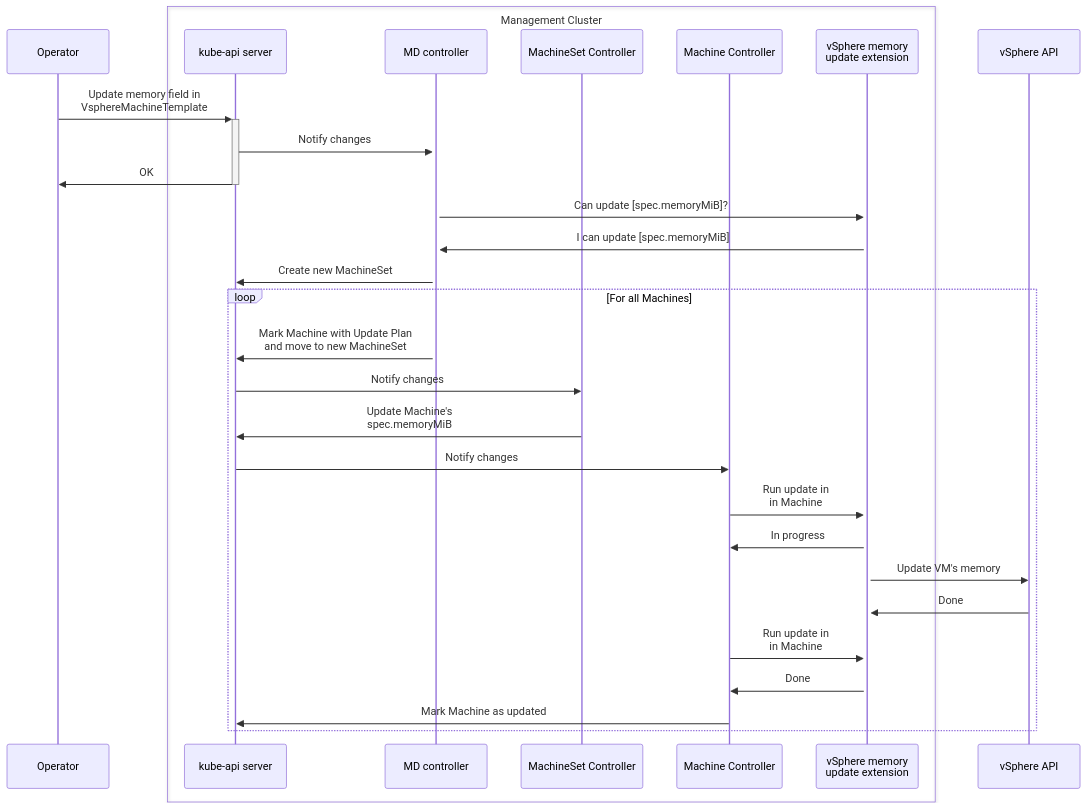
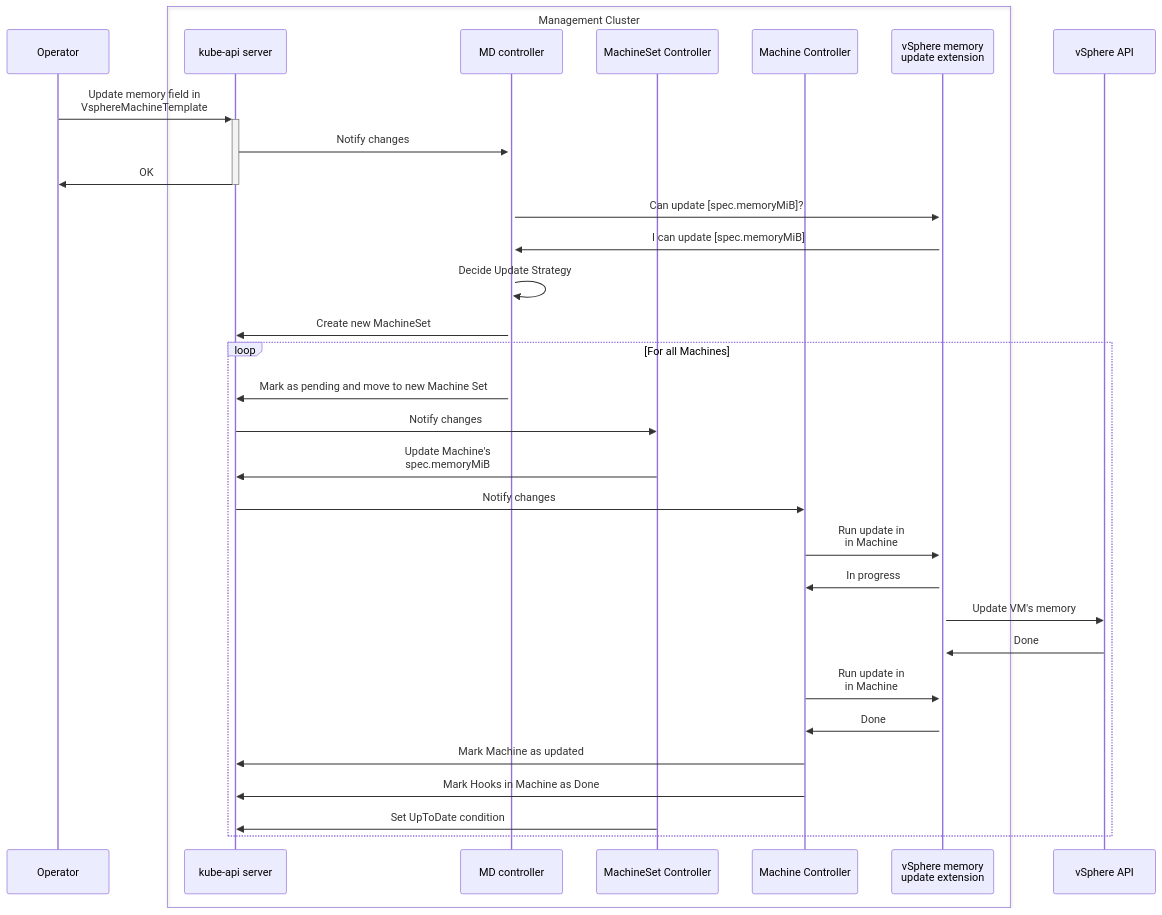
The seventh of 9 diagrams in docs/proposals/20240807-in-place-updates.md (kubernetes-sigs/cluster-api), drawn with Mermaid before and after one commit. The commit also changed other lines of this file, not shown here.

````diff
--- a/docs/proposals/20240807-in-place-updates.md
+++ b/docs/proposals/20240807-in-place-updates.md
@@ -633,35 +679,38 @@
 ```mermaid
 sequenceDiagram
     participant Operator
 
     box Management Cluster
         participant apiserver as kube-api server
         participant capi as  MD controller
         participant msc as MachineSet Controller
         participant mach as Machine Controller
         participant hook as vSphere memory <br>update extension
     end
     
 
     participant api as vSphere API
 
     Operator->>+apiserver: Update memory field in<br> VsphereMachineTemplate
     apiserver->>+capi: Notify changes
     apiserver->>-Operator: OK
     capi->>+hook: Can update [spec.memoryMiB]?
         hook->>capi: I can update [spec.memoryMiB]
+    capi->>capi: Decide Update Strategy
     capi->>apiserver: Create new MachineSet
     loop For all Machines
-        capi->>apiserver: Mark Machine with Update Plan<br> and move to new MachineSet
+        capi->>apiserver: Mark as pending and move to new Machine Set
         apiserver->>msc: Notify changes
         msc->>apiserver: Update Machine's<br> spec.memoryMiB
         apiserver->>mach: Notify changes
         mach->>hook: Run update in<br> in Machine
         hook->>mach: In progress
         hook->>api: Update VM's memory
         api->>hook: Done
         mach->>hook: Run update in<br> in Machine
         hook->>mach: Done
         mach->>apiserver: Mark Machine as updated
+        mach->>apiserver: Mark Hooks in Machine as Done
+        msc->>apiserver: Set UpToDate condition
     end
 ```
````
